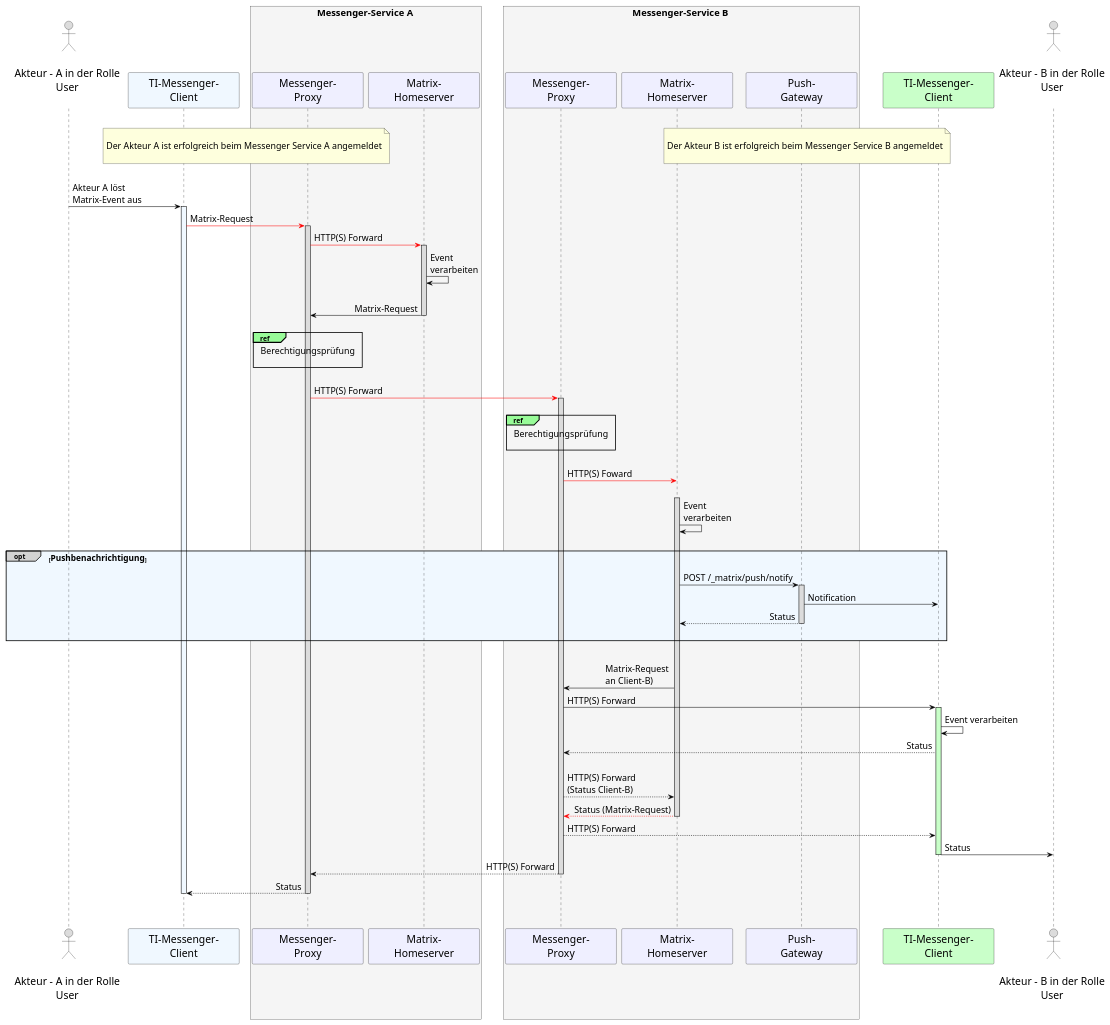
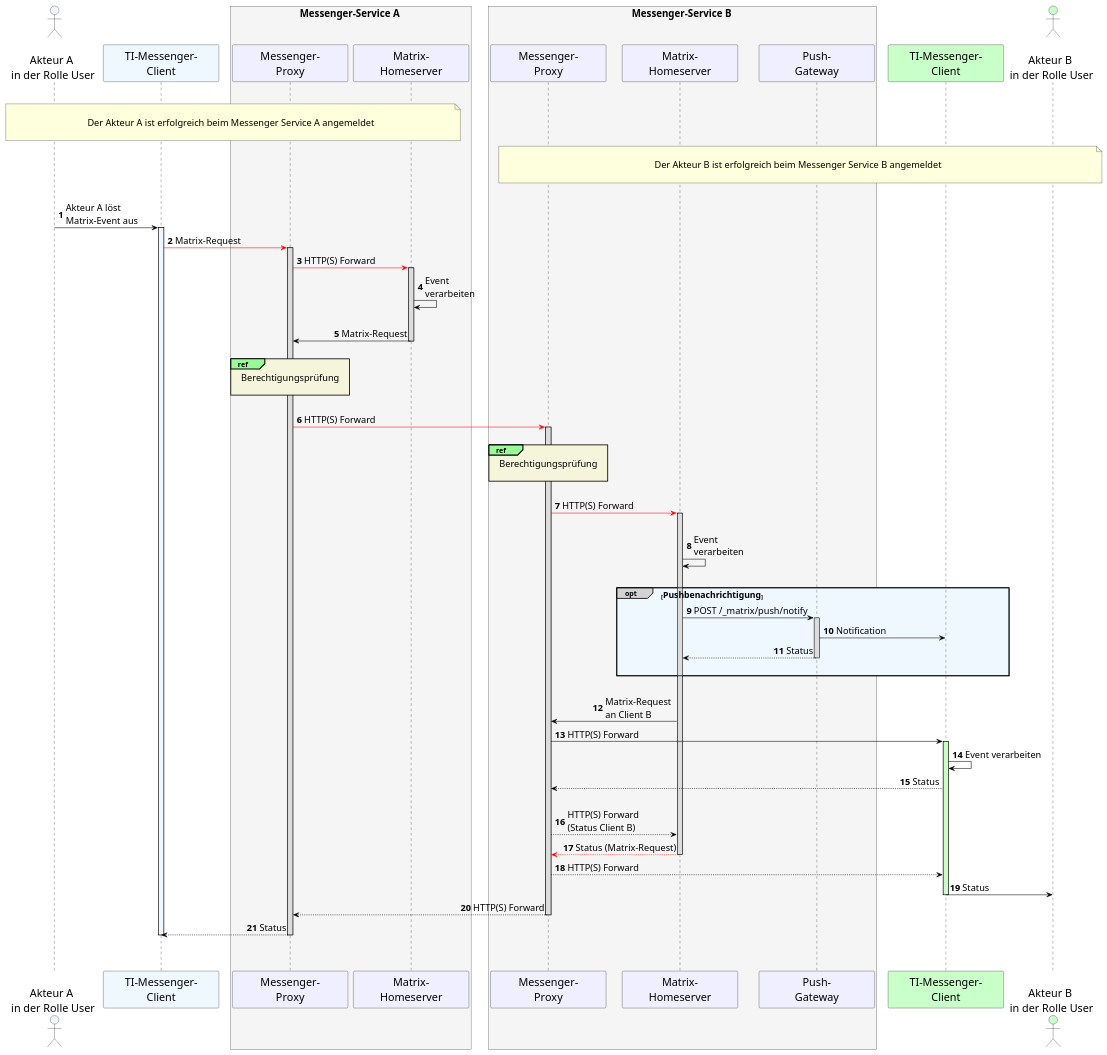
The diagram in src/plantuml/TI-Messenger-Dienst/Ressourcen/UC_10062_Seq.puml (gematik/api-ti-messenger), drawn with PlantUML before and after one commit. The commit also changed other lines of this file, not shown here.

Commit message:
minor fixes

```diff
--- a/src/plantuml/TI-Messenger-Dienst/Ressourcen/UC_10062_Seq.puml
+++ b/src/plantuml/TI-Messenger-Dienst/Ressourcen/UC_10062_Seq.puml
@@ -9,101 +7,103 @@
 @startuml
-!pragma teoz true
 skinparam sequenceMessageAlign direction
 skinparam minClassWidth 200
 skinparam BoxPadding 15
 skinparam sequenceReferenceHeaderBackgroundColor palegreen
+skinparam sequenceReferenceBackgroundColor Beige
 scale max 2048 width
 
 skinparam sequence {
 ArrowColor black
 ArrowFontSize 17
 ActorBorderColor black
 LifeLineBorderColor black
 LifeLineBackgroundColor Gainsboro
 
 ParticipantBorderColor Motivation
 ParticipantBackgroundColor Motivation
 ParticipantFontSize 20
 ParticipantFontColor black
 ParticipantBorderColor Black
 ParticipantBackgroundColor MOTIVATION
 
 ActorBackgroundColor Gainsboro
 ActorFontColor black
 ActorFontSize 20
-ActorFontName Aapex
 }
-    actor U1 as "\nAkteur - A in der Rolle\nUser\n"
+
+autonumber
+
+    actor U1 as "\nAkteur A \nin der Rolle User" #AliceBlue
     participant C1 as "TI-Messenger-\nClient" #AliceBlue
     box <size:18>Messenger-Service A</size> #WhiteSmoke
       participant MP1 as "Messenger-\nProxy"
       participant MH1 as "Matrix-\nHomeserver"
     end box
     box <size:18>Messenger-Service B</size> #WhiteSmoke
     participant MP2 as "Messenger-\nProxy"
     participant MH2 as "Matrix-\nHomeserver"
     participant PG2 as "Push-\nGateway"
     end box
     participant C2 as "TI-Messenger-\nClient" #TECHNOLOGY
-    actor U2 as "\nAkteur - B in der Rolle\nUser\n"
+    actor U2 as "\nAkteur B \nin der Rolle User" #TECHNOLOGY
     
 |||
-/ note over U1, MH1: \n<size:17>Der Akteur A ist erfolgreich beim Messenger Service A angemeldet</size>\n   
-/ note over U2, MP2: \n<size:17>Der Akteur B ist erfolgreich beim Messenger Service B angemeldet</size>\n    
+note over U1, MH1: \n<size:17>Der Akteur A ist erfolgreich beim Messenger Service A angemeldet</size>\n   
+note over U2, MP2: \n<size:17>Der Akteur B ist erfolgreich beim Messenger Service B angemeldet</size>\n    
 |||
 
   U1->C1: Akteur A löst\nMatrix-Event aus
     activate C1 #AliceBlue
   C1-[#red]>MP1: Matrix-Request
     activate MP1
   MP1-[#red]>MH1: HTTP(S) Forward
     activate MH1
   MH1->MH1: Event \nverarbeiten
   |||
   MH1->MP1: Matrix-Request
     deactivate MH1
     |||
     ref over MP1, MP1: <size:17>Berechtigungsprüfung</size>\n    
   |||  
   MP1-[#red]>MP2: HTTP(S) Forward
     activate MP2
   |||
   ref over MP2, MP2: <size:17>Berechtigungsprüfung</size>\n 
   |||
-  MP2-[#red]>MH2: HTTP(S) Foward
+  MP2-[#red]>MH2: HTTP(S) Forward
   |||
 
     activate MH2
   MH2->MH2: Event \nverarbeiten
   |||
    opt#LightGrey #AliceBlue <size:16>Pushbenachrichtigung</size>
     MH2->PG2: POST /_matrix/push/notify
       activate PG2
     PG2->C2: Notification
     PG2-->MH2: Status
       deactivate PG2
   |||
   end
   |||
 
-  MH2->MP2: Matrix-Request \nan Client-B)
+  MH2->MP2: Matrix-Request \nan Client B
   MP2->C2: HTTP(S) Forward 
     activate C2 #TECHNOLOGY
   C2->C2: Event verarbeiten
 
   C2-->MP2: Status
   |||
-  MP2-->MH2: HTTP(S) Forward \n(Status Client-B)
+  MP2-->MH2: HTTP(S) Forward \n(Status Client B)
   MH2--[#red]>MP2: Status (Matrix-Request)
     deactivate MH2
   MP2-->C2: HTTP(S) Forward
   C2->U2: Status
     deactivate C2
   MP2-->MP1: HTTP(S) Forward
     deactivate MP2
   MP1-->C1: Status
     deactivate MP1
     deactivate C1
   |||
 |||
 @enduml
```
